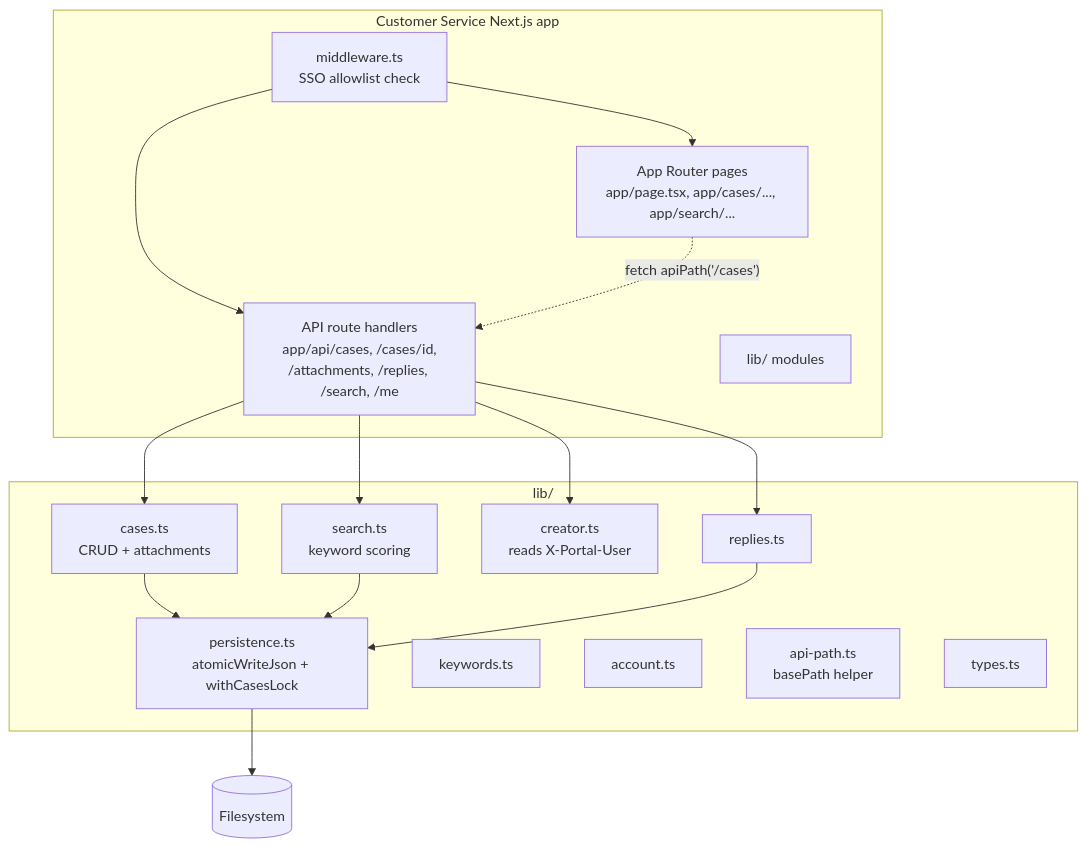
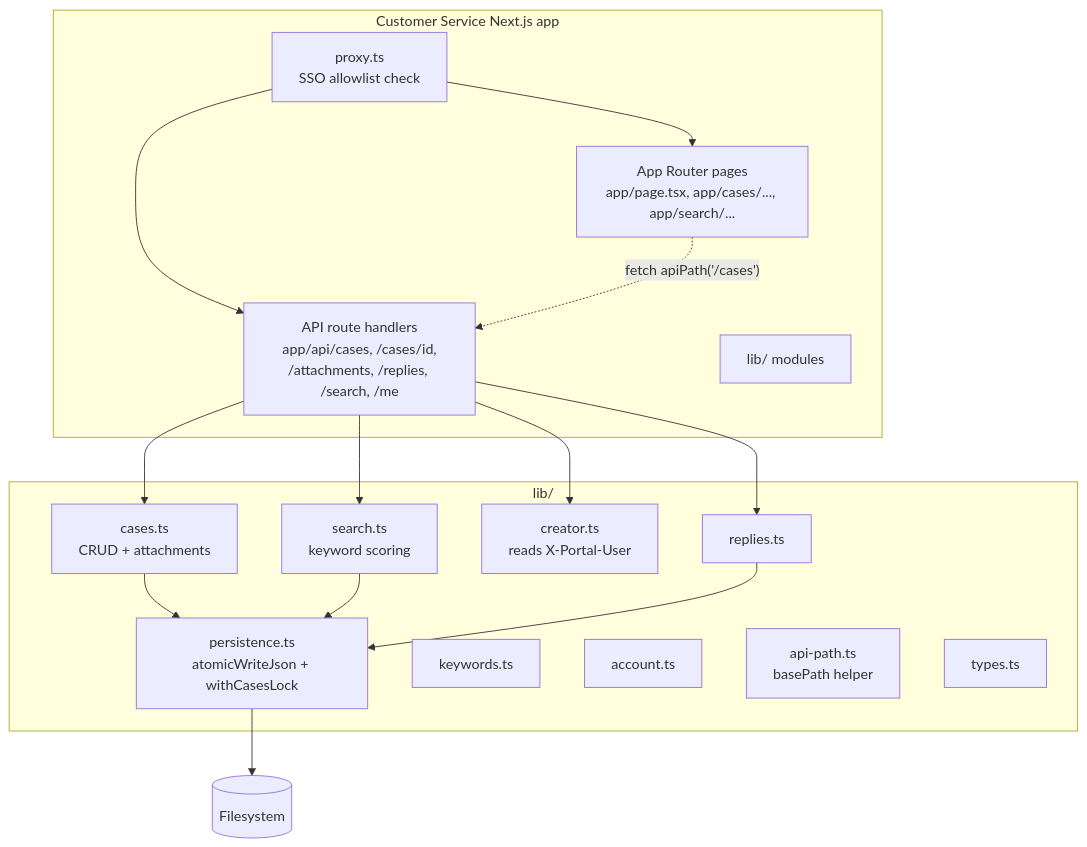
One commit to twinkletwinkleltd/customer-service changed the second of 5 diagrams in docs/architecture.md. Above: the diagram before and after it, drawn with Mermaid. The commit also changed other lines of this file and 6 other files, not shown here.

First line of the commit message:
feat: migrate middleware.ts to proxy.ts for Next.js Turbopack upgrade

````diff
--- a/docs/architecture.md
+++ b/docs/architecture.md
@@ -31,35 +31,35 @@
 ```mermaid
 flowchart TB
     subgraph CS[Customer Service Next.js app]
-        MW[middleware.ts<br/>SSO allowlist check]
+        MW[proxy.ts<br/>SSO allowlist check]
         Pages[App Router pages<br/>app/page.tsx, app/cases/..., app/search/...]
         API[API route handlers<br/>app/api/cases, /cases/id,<br/>/attachments, /replies, /search, /me]
         Lib[lib/ modules]
     end
 
     subgraph LibSub[lib/]
         Pers[persistence.ts<br/>atomicWriteJson + withCasesLock]
         Cases[cases.ts<br/>CRUD + attachments]
         Search[search.ts<br/>keyword scoring]
         Keywords[keywords.ts]
         Account[account.ts]
         Creator[creator.ts<br/>reads X-Portal-User]
         Replies[replies.ts]
         ApiPath[api-path.ts<br/>basePath helper]
         Types[types.ts]
     end
 
     FS[(Filesystem)]
 
     MW --> Pages
     MW --> API
     Pages -. fetch apiPath('/cases') .-> API
     API --> Cases
     API --> Search
     API --> Replies
     API --> Creator
     Cases --> Pers
     Search --> Pers
     Replies --> Pers
     Pers --> FS
 ```
````
